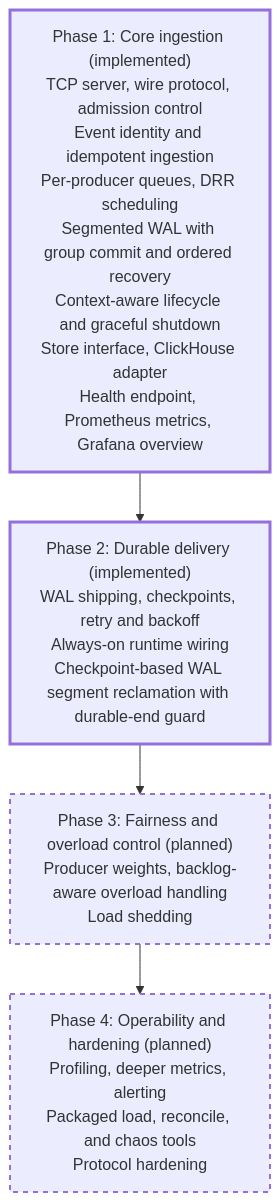
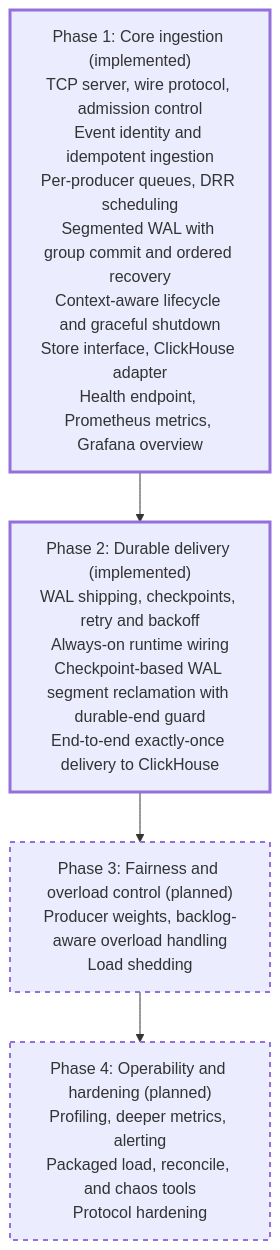
Before and after one commit to PratyushVishal11011/Fairgate: diagram 15 of 15 in README.md, drawn with Mermaid. The commit also changed other lines of this file and 9 other files, not shown here.

Commit message:
End to end exactly once deliver

````diff
--- a/README.md
+++ b/README.md
@@ -889,14 +936,14 @@
 ```mermaid
 flowchart TD
     P1["Phase 1: Core ingestion (implemented)<br/>TCP server, wire protocol, admission control<br/>Event identity and idempotent ingestion<br/>Per-producer queues, DRR scheduling<br/>Segmented WAL with group commit and ordered recovery<br/>Context-aware lifecycle and graceful shutdown<br/>Store interface, ClickHouse adapter<br/>Health endpoint, Prometheus metrics, Grafana overview"]
-    P2["Phase 2: Durable delivery (implemented)<br/>WAL shipping, checkpoints, retry and backoff<br/>Always-on runtime wiring<br/>Checkpoint-based WAL segment reclamation with durable-end guard"]
+    P2["Phase 2: Durable delivery (implemented)<br/>WAL shipping, checkpoints, retry and backoff<br/>Always-on runtime wiring<br/>Checkpoint-based WAL segment reclamation with durable-end guard<br/>End-to-end exactly-once delivery to ClickHouse"]
     P3["Phase 3: Fairness and overload control (planned)<br/>Producer weights, backlog-aware overload handling<br/>Load shedding"]
     P4["Phase 4: Operability and hardening (planned)<br/>Profiling, deeper metrics, alerting<br/>Packaged load, reconcile, and chaos tools<br/>Protocol hardening"]
 
     P1 --> P2 --> P3 --> P4
 
     classDef done stroke-width:3px;
     classDef planned stroke-dasharray: 5 5,stroke-width:2px;
     class P1,P2 done;
     class P3,P4 planned;
 ```
````
